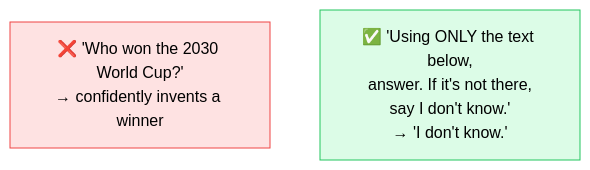
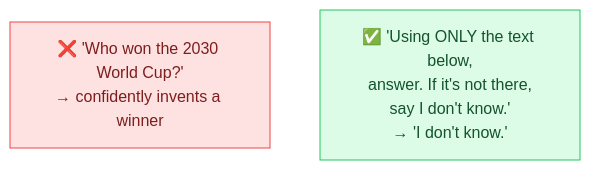
The diagram in techniques/avoid-hallucination.md (behnia137/prompt-engineering-visual), drawn with Mermaid (neutral theme) before and after one commit. The commit also changed 24 other files, not shown here.

First line of the commit message:
Fix Mermaid: escaped-quote parse errors + dark-mode text contrast

````diff
--- a/techniques/avoid-hallucination.md
+++ b/techniques/avoid-hallucination.md
@@ -7,7 +7,7 @@
 ```mermaid
 flowchart TB
     A["❌ 'Who won the 2030 World Cup?'<br/>→ confidently invents a winner"]
     B["✅ 'Using ONLY the text below,<br/>answer. If it's not there,<br/>say I don't know.'<br/>→ 'I don't know.'"]
-    style A fill:#fee2e2,stroke:#ef4444
-    style B fill:#dcfce7,stroke:#22c55e
+    style A fill:#fee2e2,stroke:#ef4444,color:#7f1d1d
+    style B fill:#dcfce7,stroke:#22c55e,color:#14532d
 ```
````
